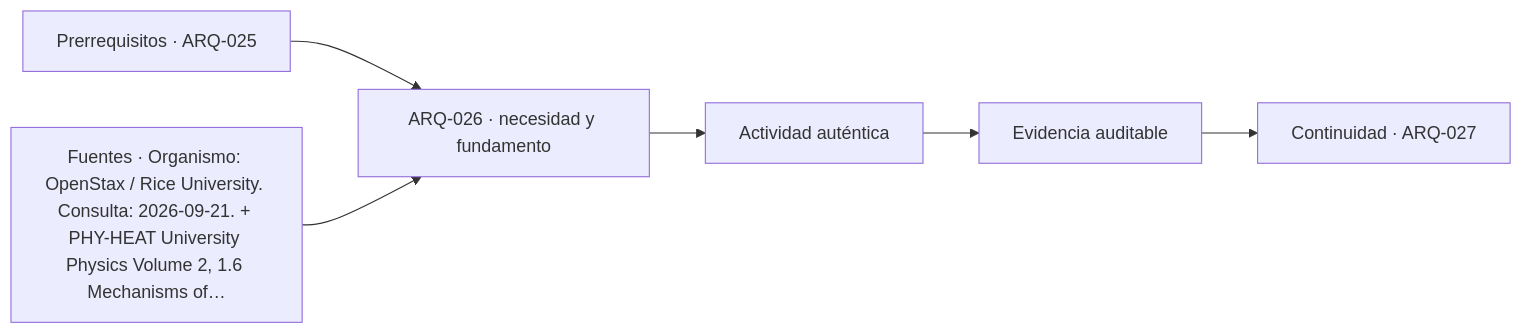
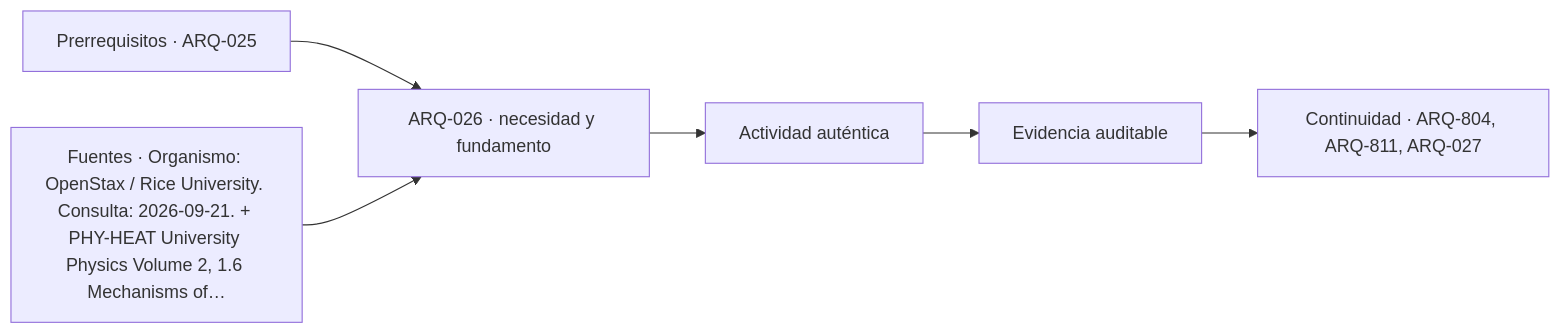
Before and after one commit to vladimiracunadev-create/architecture-built-environment-learning-program: the diagram in classes/parte-03/ARQ-026.md, drawn with Mermaid. The commit also changed other lines of this file and 234 other files, not shown here.

````diff
--- a/classes/parte-03/ARQ-026.md
+++ b/classes/parte-03/ARQ-026.md
@@ -167,8 +167,8 @@
 ```mermaid
 flowchart LR
     A["Prerrequisitos · ARQ-025"] --> B["ARQ-026 · necesidad y fundamento"]
     S["Fuentes · Organismo: OpenStax / Rice University. Consulta: 2026-09-21. + PHY-HEAT University Physics Volume 2, 1.6 Mechanisms of…"] --> B
     B --> C["Actividad auténtica"]
     C --> D["Evidencia auditable"]
-    D --> E["Continuidad · ARQ-027"]
+    D --> E["Continuidad · ARQ-804, ARQ-811, ARQ-027"]
 ```
````
